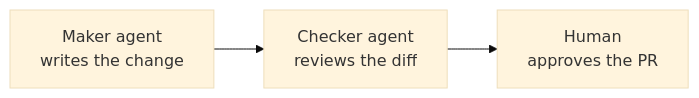
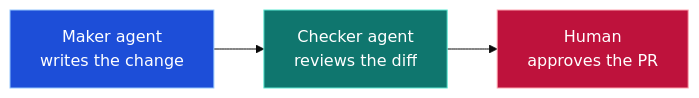
Before and after one commit to owainlewis/youtube-tutorials: the third of 8 diagrams in tutorials/loop-engineering/README.md, drawn with Mermaid (base theme). The commit also changed other lines of this file, not shown here.

Commit message:
docs: color mermaid diagrams for dark mode readability

````diff
--- a/tutorials/loop-engineering/README.md
+++ b/tutorials/loop-engineering/README.md
@@ -172,4 +184,11 @@
 ```mermaid
 graph LR
     M[Maker agent<br/>writes the change] --> C[Checker agent<br/>reviews the diff] --> H[Human<br/>approves the PR]
+
+    classDef maker fill:#1d4ed8,stroke:#93c5fd,color:#ffffff
+    classDef checker fill:#0f766e,stroke:#5eead4,color:#ffffff
+    classDef human fill:#be123c,stroke:#fda4af,color:#ffffff
+    class M maker
+    class C checker
+    class H human
 ```
````
